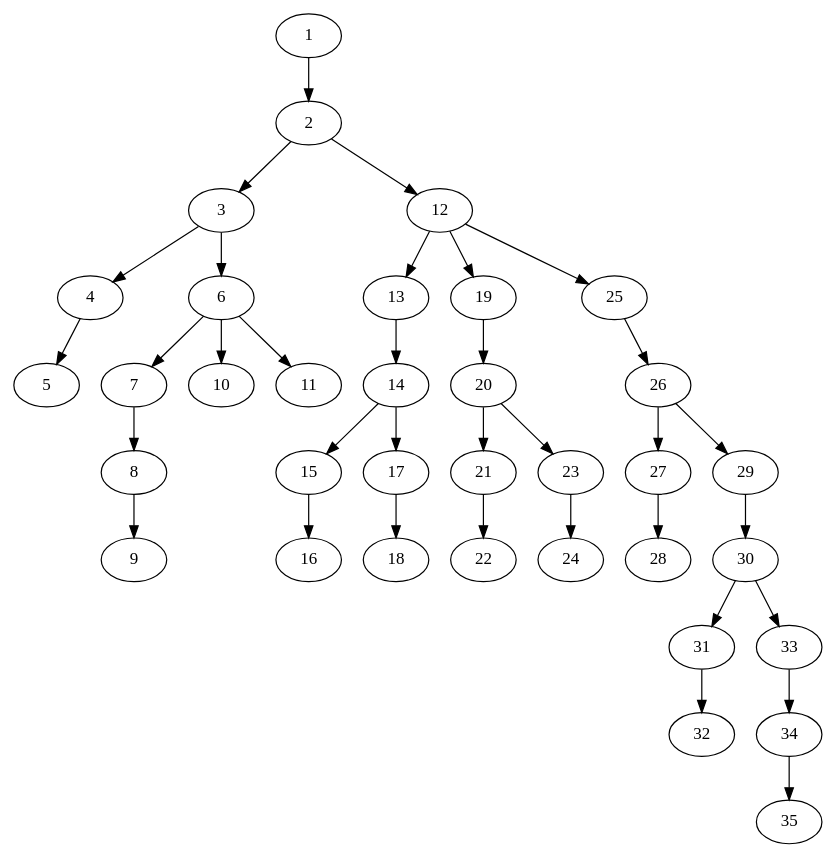
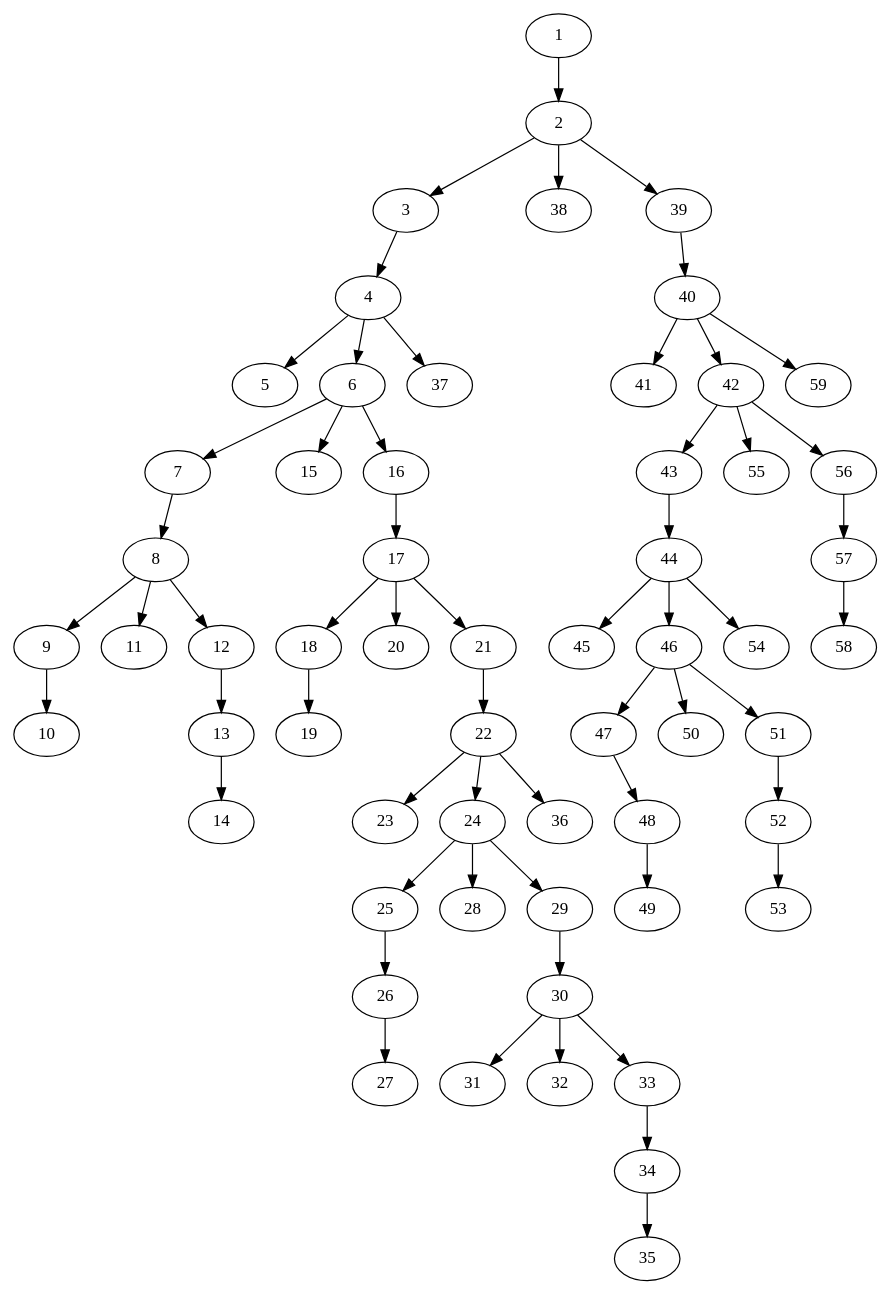
The diagram in caspian/src/ast_stuff.dot (Ajax12345/caspian-lang), drawn with Graphviz before and after one commit. The commit also changed 5 other files, not shown here.

```diff
--- a/caspian/src/ast_stuff.dot
+++ b/caspian/src/ast_stuff.dot
@@ -1,36 +1,60 @@
 strict digraph "" {
 	1 -> 2;
 	2 -> 3;
-	2 -> 12;
+	2 -> 38;
+	2 -> 39;
 	3 -> 4;
-	3 -> 6;
 	4 -> 5;
+	4 -> 6;
+	4 -> 37;
 	6 -> 7;
-	6 -> 10;
-	6 -> 11;
+	6 -> 15;
+	6 -> 16;
 	7 -> 8;
 	8 -> 9;
+	8 -> 11;
+	8 -> 12;
+	9 -> 10;
 	12 -> 13;
-	12 -> 19;
-	12 -> 25;
 	13 -> 14;
-	14 -> 15;
-	14 -> 17;
-	15 -> 16;
+	16 -> 17;
 	17 -> 18;
-	19 -> 20;
-	20 -> 21;
-	20 -> 23;
+	17 -> 20;
+	17 -> 21;
+	18 -> 19;
 	21 -> 22;
-	23 -> 24;
+	22 -> 23;
+	22 -> 24;
+	22 -> 36;
+	24 -> 25;
+	24 -> 28;
+	24 -> 29;
 	25 -> 26;
 	26 -> 27;
-	26 -> 29;
-	27 -> 28;
 	29 -> 30;
 	30 -> 31;
+	30 -> 32;
 	30 -> 33;
-	31 -> 32;
 	33 -> 34;
 	34 -> 35;
+	39 -> 40;
+	40 -> 41;
+	40 -> 42;
+	40 -> 59;
+	42 -> 43;
+	42 -> 55;
+	42 -> 56;
+	43 -> 44;
+	44 -> 45;
+	44 -> 46;
+	44 -> 54;
+	46 -> 47;
+	46 -> 50;
+	46 -> 51;
+	47 -> 48;
+	48 -> 49;
+	51 -> 52;
+	52 -> 53;
+	56 -> 57;
+	57 -> 58;
 }
```
